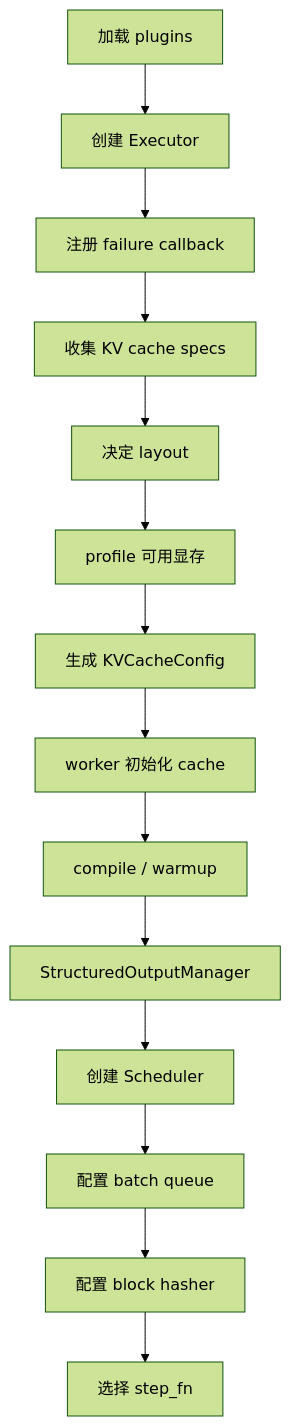
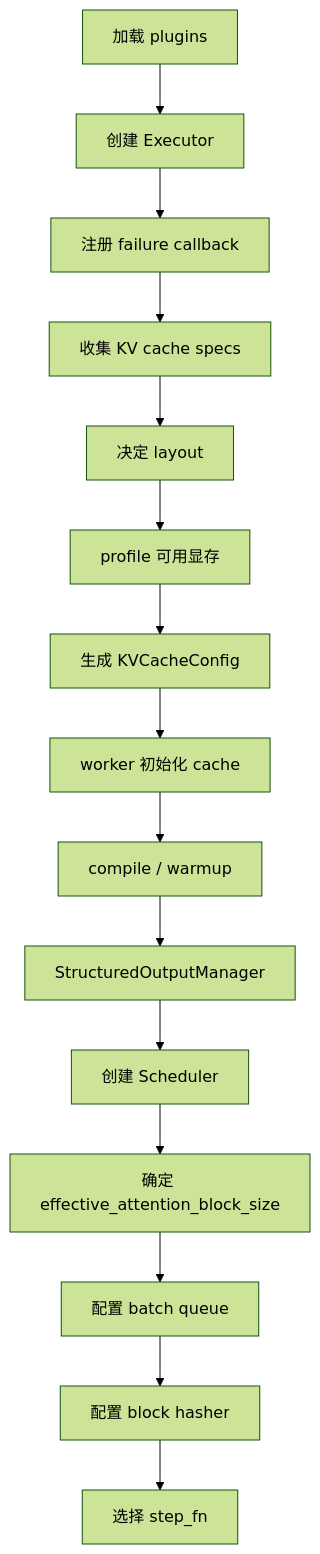
The ninth of 19 diagrams in book/03-engine-core/README.md (cluster1900/vllm_reader), drawn with Mermaid (forest theme) before and after one commit. The commit also changed other lines of this file and 26 other files, not shown here.

````diff
--- a/book/03-engine-core/README.md
+++ b/book/03-engine-core/README.md
@@ -431,16 +447,17 @@
 ```mermaid
 flowchart TD
     P[加载 plugins] --> E[创建 Executor]
     E --> F[注册 failure callback]
     F --> K1[收集 KV cache specs]
     K1 --> K2[决定 layout]
     K2 --> K3[profile 可用显存]
     K3 --> K4[生成 KVCacheConfig]
     K4 --> K5[worker 初始化 cache]
     K5 --> W[compile / warmup]
     W --> SO[StructuredOutputManager]
     SO --> S[创建 Scheduler]
-    S --> B[配置 batch queue]
+    S --> BS[确定 effective_attention_block_size]
+    BS --> B[配置 batch queue]
     B --> H[配置 block hasher]
     H --> SF[选择 step_fn]
 ```
````
